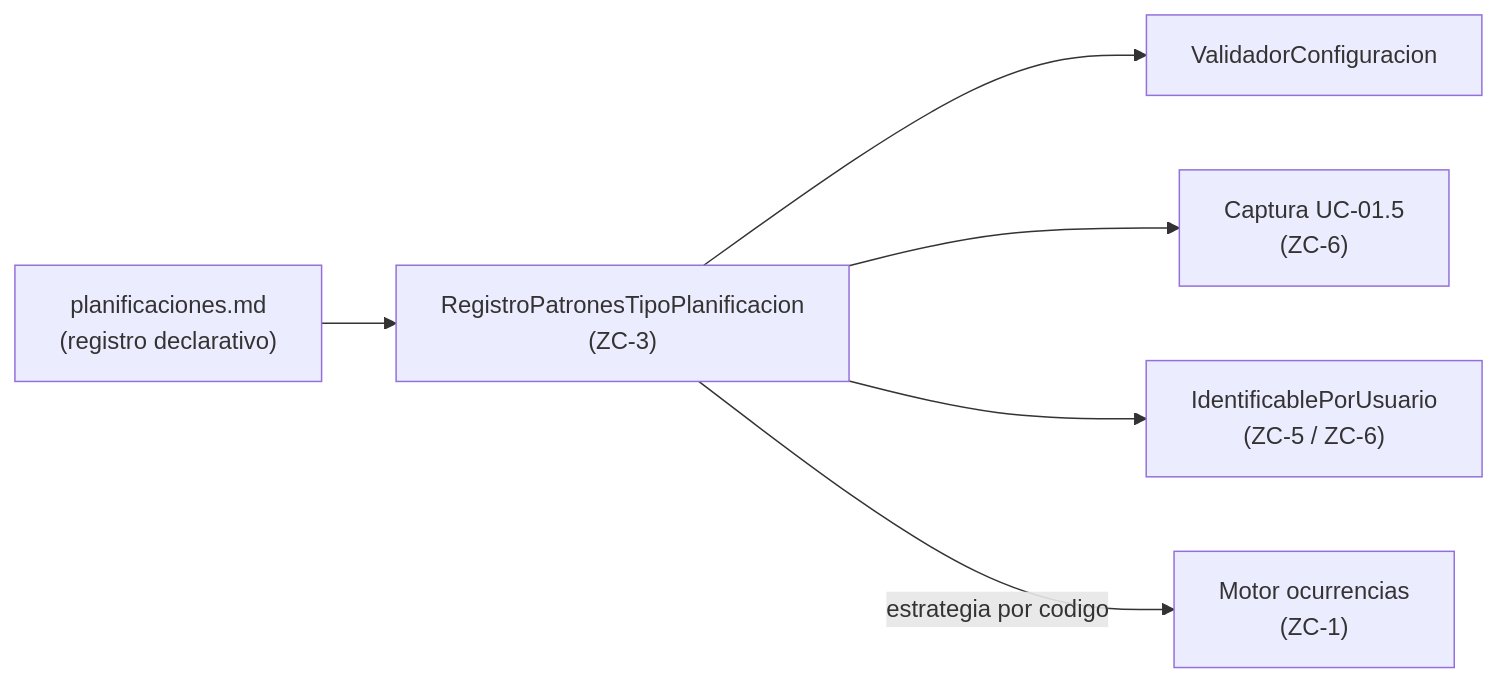
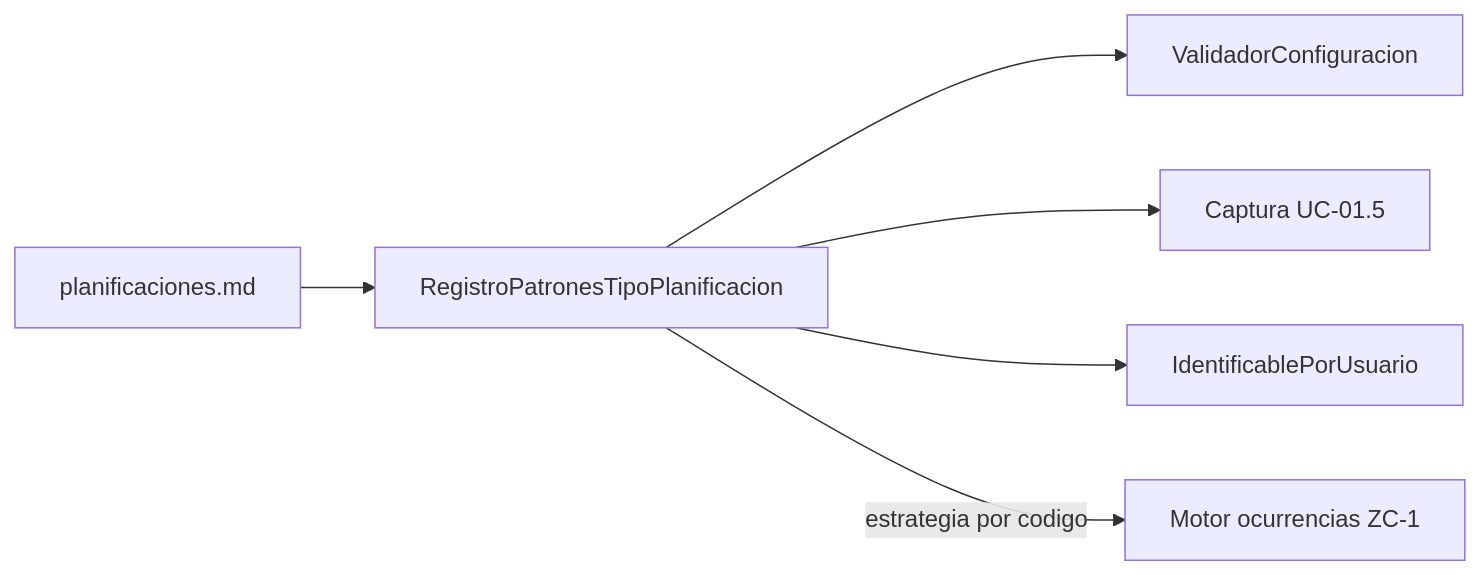
One commit to serpegon11710-byte/Planificacion_2.0 changed the diagram in docs/entidades/planificaciones.md. Above: the diagram before and after it, drawn with Mermaid. The commit also changed other lines of this file and 13 other files, not shown here.

````diff
--- a/docs/entidades/planificaciones.md
+++ b/docs/entidades/planificaciones.md
@@ -161,15 +124,15 @@
 ```mermaid
 flowchart LR
-  Doc["planificaciones.md\n(registro declarativo)"]
-  Reg["RegistroPatronesTipoPlanificacion\n(ZC-3)"]
+  Doc["planificaciones.md"]
+  Reg["RegistroPatronesTipoPlanificacion"]
   V["ValidadorConfiguracion"]
-  C["Captura UC-01.5\n(ZC-6)"]
-  M["Motor ocurrencias\n(ZC-1)"]
-  Id["IdentificablePorUsuario\n(ZC-5 / ZC-6)"]
+  C["Captura UC-01.5"]
+  M["Motor ocurrencias ZC-1"]
+  Id["IdentificablePorUsuario"]
 
   Doc --> Reg
   Reg --> V
   Reg --> C
   Reg --> Id
   Reg -->|estrategia por codigo| M
 ```
````
